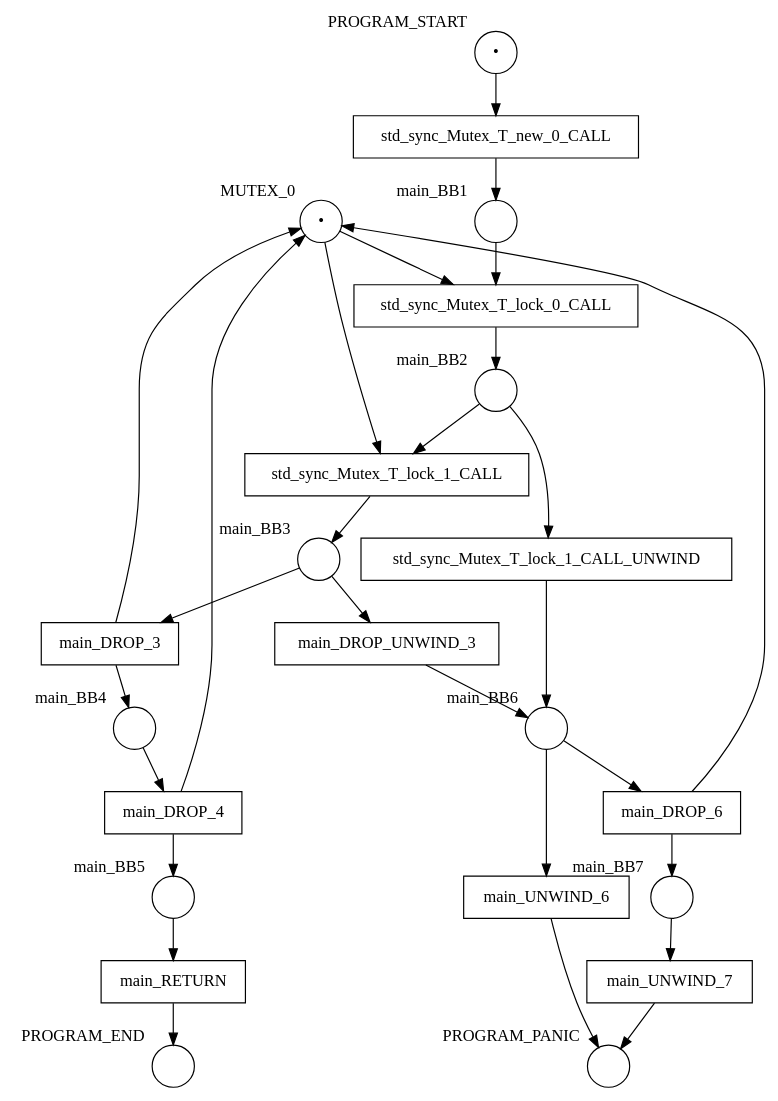
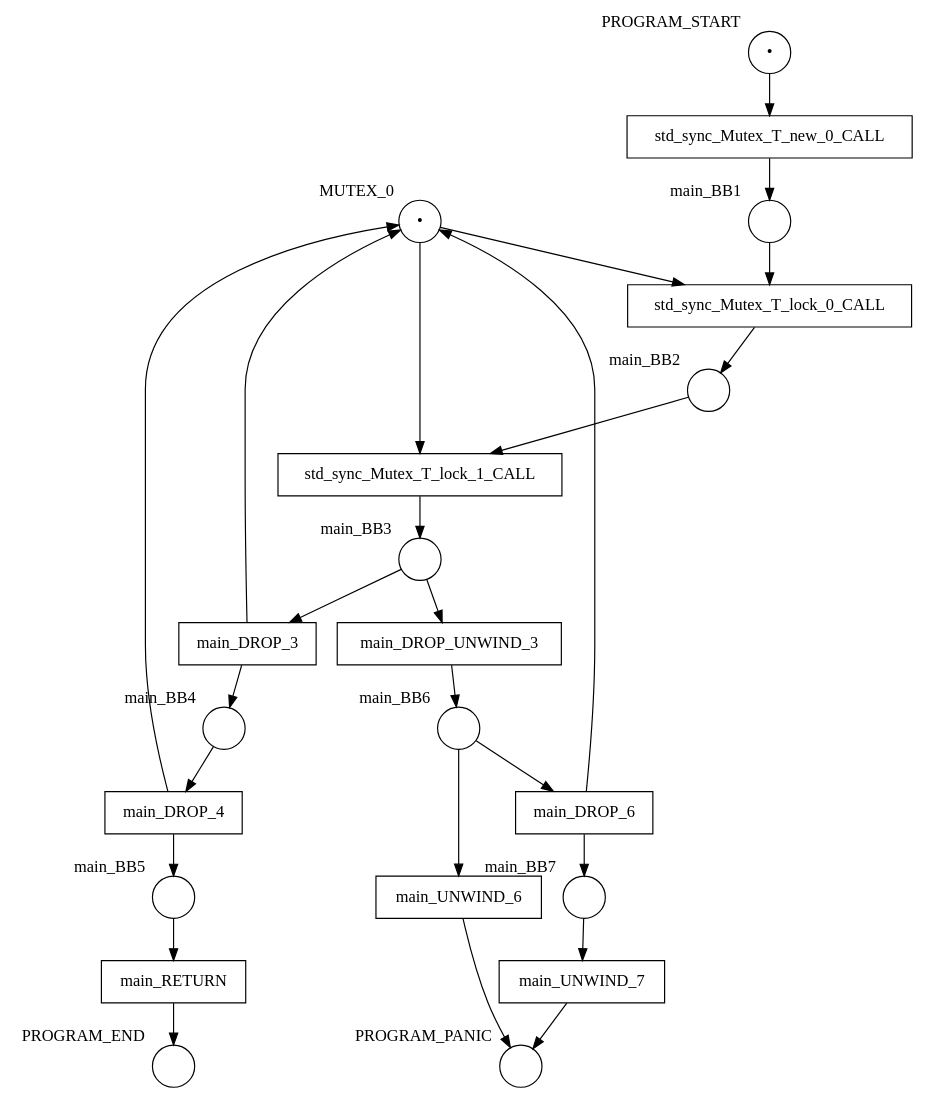
Before and after one commit to hlisdero/cargo-check-deadlock: the diagram in examples/results/mutex/double_lock_deadlock/net.dot, drawn with Graphviz. The commit also changed 21 other files, not shown here.

First line of the commit message:
Architectural change: Do not model the unwind target of the mutex lock function.

```diff
--- a/examples/results/mutex/double_lock_deadlock/net.dot
+++ b/examples/results/mutex/double_lock_deadlock/net.dot
@@ -1,51 +1,48 @@
 digraph petrinet {
     MUTEX_0 [shape="circle" xlabel="MUTEX_0" label="•"];
     PROGRAM_END [shape="circle" xlabel="PROGRAM_END" label=""];
     PROGRAM_PANIC [shape="circle" xlabel="PROGRAM_PANIC" label=""];
     PROGRAM_START [shape="circle" xlabel="PROGRAM_START" label="•"];
     main_BB1 [shape="circle" xlabel="main_BB1" label=""];
     main_BB2 [shape="circle" xlabel="main_BB2" label=""];
     main_BB3 [shape="circle" xlabel="main_BB3" label=""];
     main_BB4 [shape="circle" xlabel="main_BB4" label=""];
     main_BB5 [shape="circle" xlabel="main_BB5" label=""];
     main_BB6 [shape="circle" xlabel="main_BB6" label=""];
     main_BB7 [shape="circle" xlabel="main_BB7" label=""];
     main_DROP_3 [shape="box" xlabel="" label="main_DROP_3"];
     main_DROP_4 [shape="box" xlabel="" label="main_DROP_4"];
     main_DROP_6 [shape="box" xlabel="" label="main_DROP_6"];
     main_DROP_UNWIND_3 [shape="box" xlabel="" label="main_DROP_UNWIND_3"];
     main_RETURN [shape="box" xlabel="" label="main_RETURN"];
     main_UNWIND_6 [shape="box" xlabel="" label="main_UNWIND_6"];
     main_UNWIND_7 [shape="box" xlabel="" label="main_UNWIND_7"];
     std_sync_Mutex_T_lock_0_CALL [shape="box" xlabel="" label="std_sync_Mutex_T_lock_0_CALL"];
     std_sync_Mutex_T_lock_1_CALL [shape="box" xlabel="" label="std_sync_Mutex_T_lock_1_CALL"];
-    std_sync_Mutex_T_lock_1_CALL_UNWIND [shape="box" xlabel="" label="std_sync_Mutex_T_lock_1_CALL_UNWIND"];
     std_sync_Mutex_T_new_0_CALL [shape="box" xlabel="" label="std_sync_Mutex_T_new_0_CALL"];
     MUTEX_0 -> std_sync_Mutex_T_lock_0_CALL;
     MUTEX_0 -> std_sync_Mutex_T_lock_1_CALL;
     PROGRAM_START -> std_sync_Mutex_T_new_0_CALL;
     main_BB1 -> std_sync_Mutex_T_lock_0_CALL;
     main_BB2 -> std_sync_Mutex_T_lock_1_CALL;
-    main_BB2 -> std_sync_Mutex_T_lock_1_CALL_UNWIND;
     main_BB3 -> main_DROP_3;
     main_BB3 -> main_DROP_UNWIND_3;
     main_BB4 -> main_DROP_4;
     main_BB5 -> main_RETURN;
     main_BB6 -> main_DROP_6;
     main_BB6 -> main_UNWIND_6;
     main_BB7 -> main_UNWIND_7;
     main_DROP_3 -> MUTEX_0;
     main_DROP_3 -> main_BB4;
     main_DROP_4 -> MUTEX_0;
     main_DROP_4 -> main_BB5;
     main_DROP_6 -> MUTEX_0;
     main_DROP_6 -> main_BB7;
     main_DROP_UNWIND_3 -> main_BB6;
     main_RETURN -> PROGRAM_END;
     main_UNWIND_6 -> PROGRAM_PANIC;
     main_UNWIND_7 -> PROGRAM_PANIC;
     std_sync_Mutex_T_lock_0_CALL -> main_BB2;
     std_sync_Mutex_T_lock_1_CALL -> main_BB3;
-    std_sync_Mutex_T_lock_1_CALL_UNWIND -> main_BB6;
     std_sync_Mutex_T_new_0_CALL -> main_BB1;
 }
```
